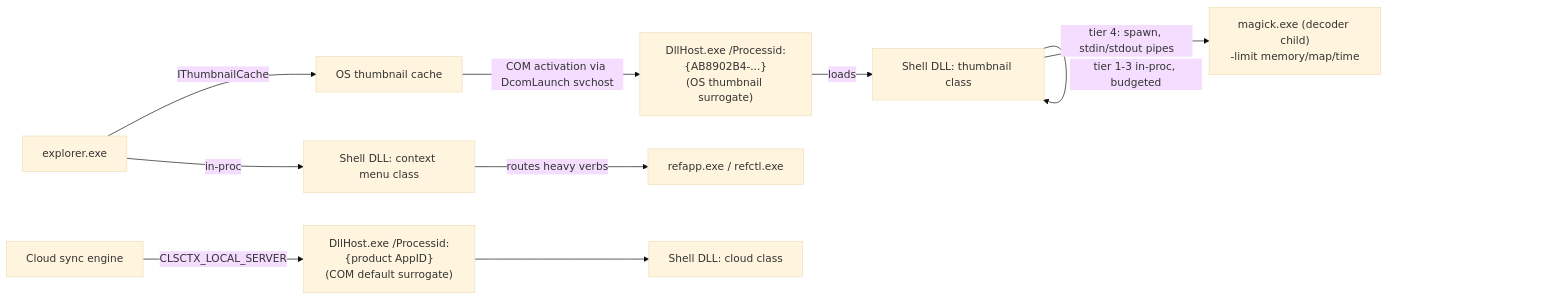
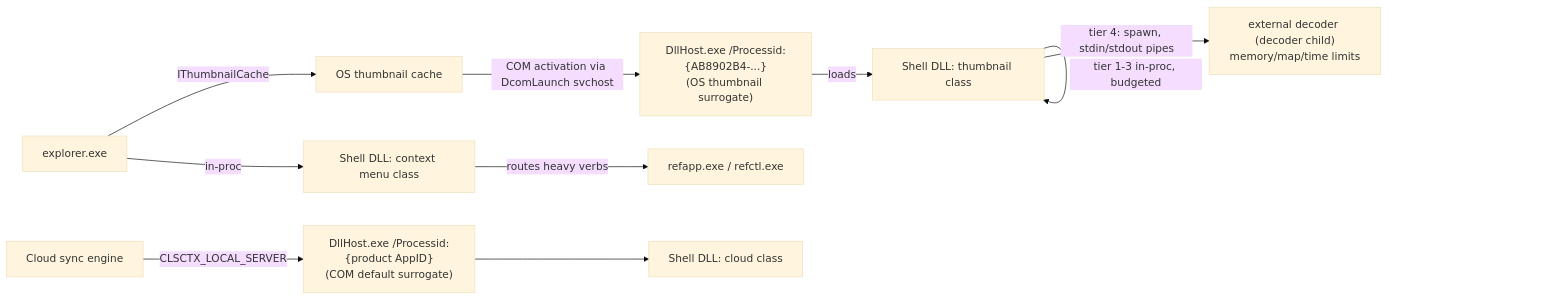
The diagram in FUNCTIONAL_SPEC.md (DailenG/Thumbwright), drawn with Mermaid (base theme) before and after one commit. The commit also changed other lines of this file and 8 other files, not shown here.

````diff
--- a/FUNCTIONAL_SPEC.md
+++ b/FUNCTIONAL_SPEC.md
@@ -154,12 +145,12 @@
 ```mermaid
 flowchart LR
   EXP[explorer.exe] -->|IThumbnailCache| TC[OS thumbnail cache]
   TC -->|COM activation via DcomLaunch svchost| SUR["DllHost.exe /Processid:{AB8902B4-...}<br/>(OS thumbnail surrogate)"]
   SUR -->|loads| DLL[Shell DLL: thumbnail class]
   DLL -->|tier 1-3 in-proc, budgeted| DLL
-  DLL -->|tier 4: spawn, stdin/stdout pipes| MAG["magick.exe (decoder child)<br/>-limit memory/map/time"]
+  DLL -->|tier 4: spawn, stdin/stdout pipes| MAG["external decoder (decoder child)<br/>memory/map/time limits"]
   EXP -->|in-proc| CM[Shell DLL: context menu class]
   CM -->|routes heavy verbs| APP[refapp.exe / refctl.exe]
   CLOUD[Cloud sync engine] -->|CLSCTX_LOCAL_SERVER| CSUR["DllHost.exe /Processid:{product AppID}<br/>(COM default surrogate)"]
   CSUR --> DLL2[Shell DLL: cloud class]
 ```
````
